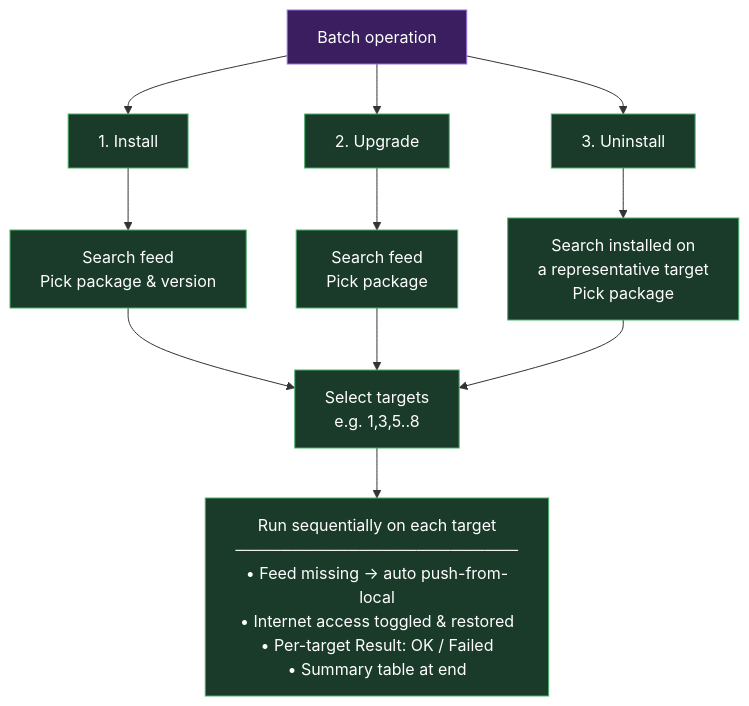
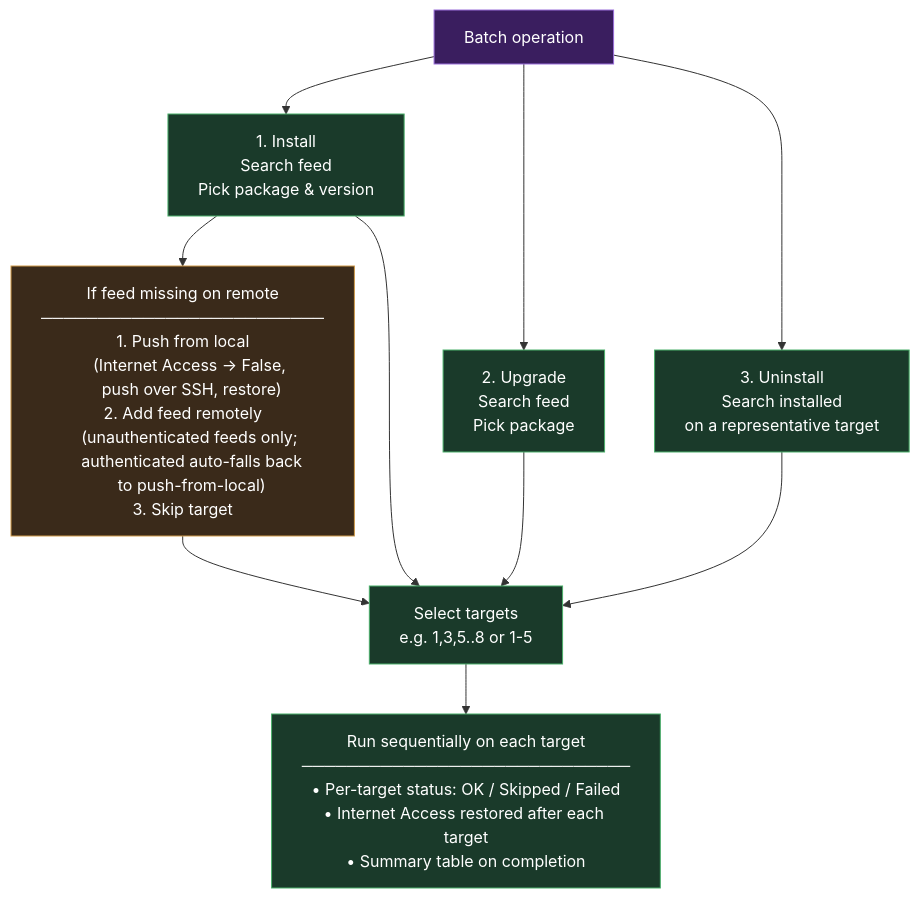
One commit to mcclureTC/TcPkgMgr-PowerShellScript changed the third of 8 diagrams in README.md. Above: the diagram before and after it, drawn with Mermaid. The commit also changed other lines of this file and 1 other file, not shown here.

````diff
--- a/README.md
+++ b/README.md
@@ -94,19 +93,21 @@
 ```mermaid
 flowchart TD
     BATCH["Batch operation"]
-    BATCH --> BA["1. Install"]
-    BATCH --> BB["2. Upgrade"]
-    BATCH --> BC["3. Uninstall"]
+    BATCH --> BA["1. Install\nSearch feed\nPick package & version"]
+    BATCH --> BB["2. Upgrade\nSearch feed\nPick package"]
+    BATCH --> BC["3. Uninstall\nSearch installed\non a representative target"]
 
-    BA --> BPKGI["Search feed\nPick package & version"]
-    BB --> BPKGU["Search feed\nPick package"]
-    BC --> BPKGX["Search installed on\na representative target\nPick package"]
+    BA --> BFEED["If feed missing on remote\n─────────────────────────\n1. Push from local\n   (Internet Access → False,\n    push over SSH, restore)\n2. Add feed remotely\n   (unauthenticated feeds only;\n    authenticated auto-falls back\n    to push-from-local)\n3. Skip target"]
 
-    BPKGI & BPKGU & BPKGX --> BTGT["Select targets\ne.g. 1,3,5..8"]
-    BTGT --> BRUN["Run sequentially on each target\n─────────────────────────\n• Feed missing → auto push-from-local\n• Internet access toggled & restored\n• Per-target Result: OK / Failed\n• Summary table at end"]
+    BA & BB & BC --> BTGT["Select targets\ne.g. 1,3,5..8 or 1-5"]
+    BFEED --> BTGT
+
+    BTGT --> BRUN["Run sequentially on each target\n─────────────────────────────\n• Per-target status: OK / Skipped / Failed\n• Internet Access restored after each target\n• Summary table on completion"]
 
     classDef batch fill:#3a1e5f,stroke:#9a6eda,color:#fff
     classDef step  fill:#1a3a2a,stroke:#4aaf6a,color:#fff
+    classDef warn  fill:#3a2a1a,stroke:#cf9a4a,color:#fff
     class BATCH batch
-    class BA,BB,BC,BPKGI,BPKGU,BPKGX,BTGT,BRUN step
+    class BA,BB,BC,BTGT,BRUN step
+    class BFEED warn
 ```
````
